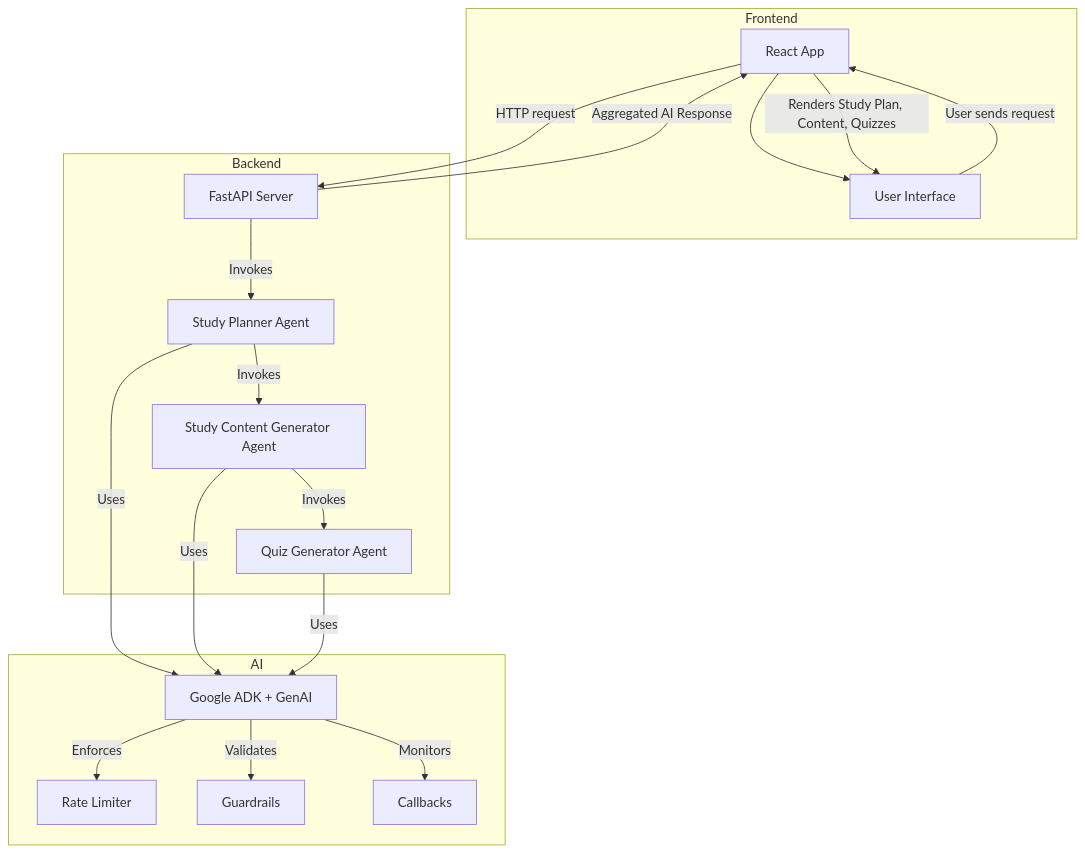
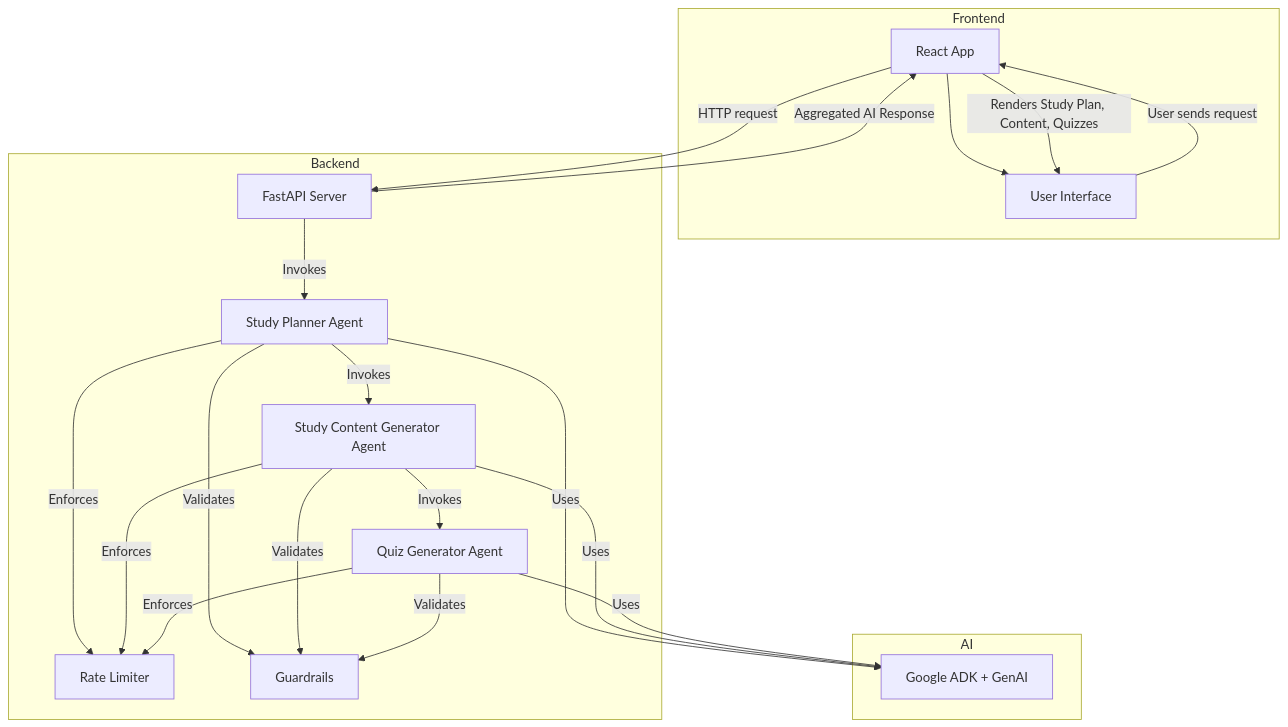
The diagram in README.md (ajay2696/learning_assistant), drawn with Mermaid before and after one commit.

Commit message:
Feat: Update the read me

````diff
--- a/README.md
+++ b/README.md
@@ -7,34 +7,36 @@
 ```mermaid
 graph TD
     subgraph Frontend
         A[React App] --> B[User Interface]
     end
 
     subgraph Backend
         C[FastAPI Server]
         C1[Study Planner Agent]
         C2[Study Content Generator Agent]
         C3[Quiz Generator Agent]
+        D1[Rate Limiter]
+        D2[Guardrails]
         C -->|Invokes| C1
         C1 -->|Invokes| C2
         C2 -->|Invokes| C3
+        C1 -->|Enforces| D1
+        C1-->|Validates| D2
+        C2 -->|Enforces| D1
+        C2-->|Validates| D2
+        C3 -->|Enforces| D1
+        C3-->|Validates| D2
     end
 
     subgraph AI
         D[Google ADK + GenAI]
-        D1[Rate Limiter]
-        D2[Guardrails]
-        D3[Callbacks]
-        D -->|Enforces| D1
-        D -->|Validates| D2
-        D -->|Monitors| D3
     end
 
     B -->|User sends request| A
     A -->|HTTP request| C
     C1 -->|Uses| D
     C2 -->|Uses| D
     C3 -->|Uses| D
     C -->|Aggregated AI Response| A
     A -->|Renders Study Plan, Content, Quizzes| B
 ```
````
